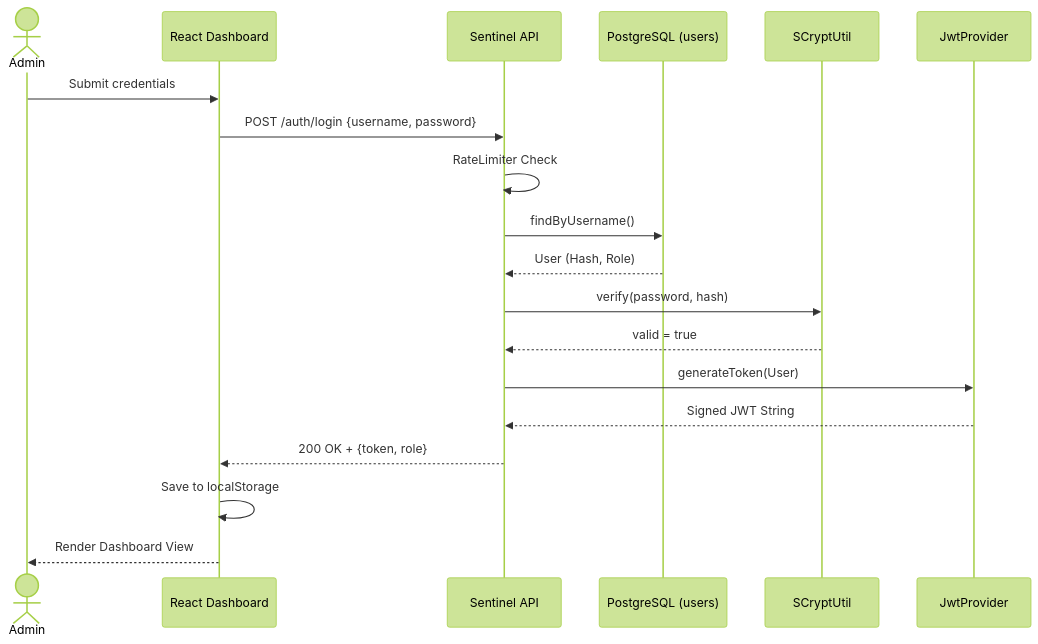
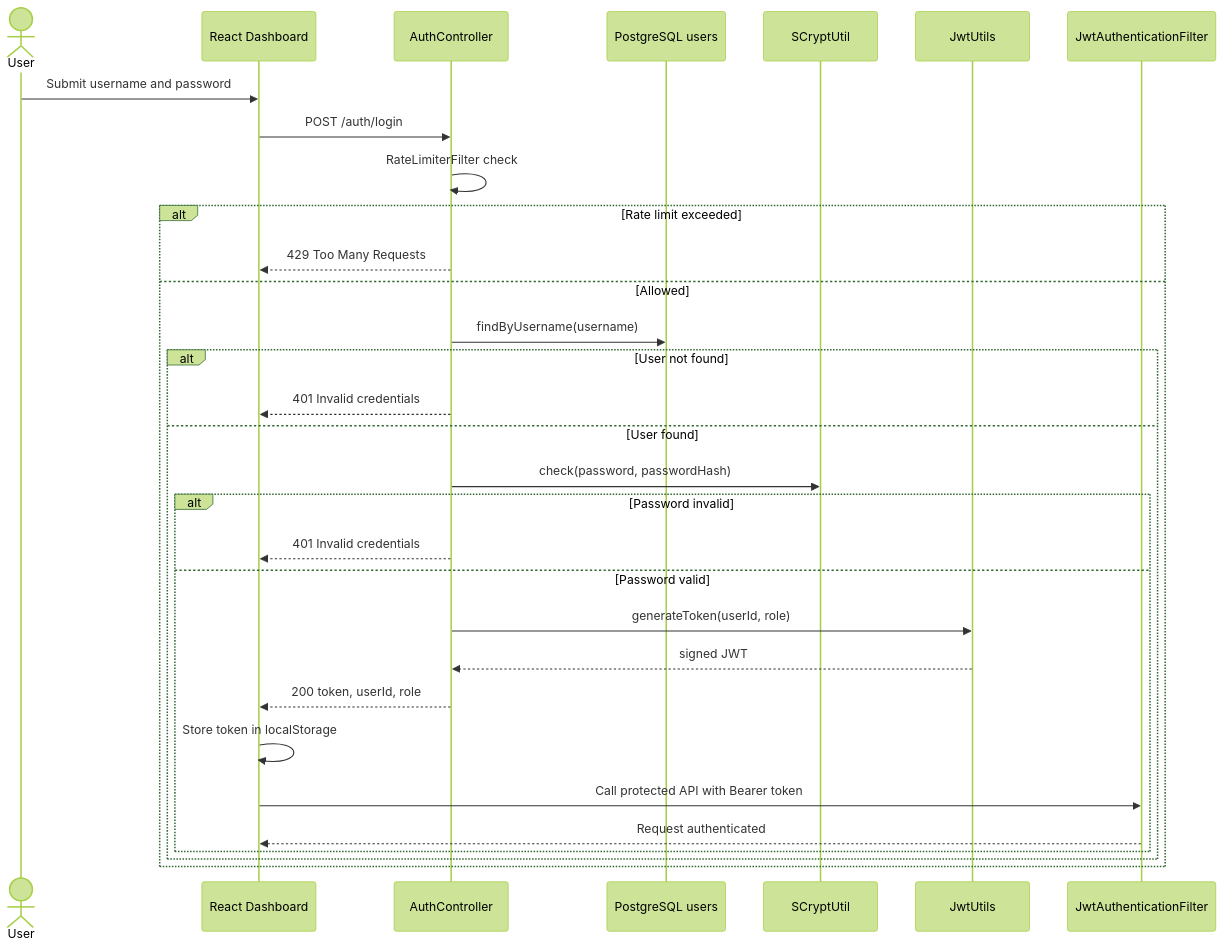
Before and after one commit to ZGr3Y/sentinel-distributed-siem: the second of 2 diagrams in docs/uml/Sequence_UML.md, drawn with Mermaid (forest theme). The commit also changed other lines of this file and 7 other files, not shown here.

Commit message:
docs: add project guidelines covering architecture, build, test, coding conventions, and pitfalls

````diff
--- a/docs/uml/Sequence_UML.md
+++ b/docs/uml/Sequence_UML.md
@@ -46,27 +50,38 @@
 ```mermaid
 sequenceDiagram
-    actor Admin
+    actor User
     participant UI as React Dashboard
-    participant API as Sentinel API
-    participant DB as PostgreSQL (users)
+    participant API as AuthController
+    participant UsersDB as PostgreSQL users
     participant Crypto as SCryptUtil
-    participant JWT as JwtProvider
+    participant JwtUtils as JwtUtils
+    participant Security as JwtAuthenticationFilter
 
-    Admin->>UI: Submit credentials
-    UI->>API: POST /auth/login {username, password}
-    
-    API->>API: RateLimiter Check
-    
-    API->>DB: findByUsername()
-    DB-->>API: User (Hash, Role)
-    
-    API->>Crypto: verify(password, hash)
-    Crypto-->>API: valid = true
-    
-    API->>JWT: generateToken(User)
-    JWT-->>API: Signed JWT String
-    
-    API-->>UI: 200 OK + {token, role}
-    UI->>UI: Save to localStorage
-    UI-->>Admin: Render Dashboard View
+    User->>UI: Submit username and password
+    UI->>API: POST /auth/login
+
+    API->>API: RateLimiterFilter check
+    alt Rate limit exceeded
+        API-->>UI: 429 Too Many Requests
+    else Allowed
+        API->>UsersDB: findByUsername(username)
+
+        alt User not found
+            API-->>UI: 401 Invalid credentials
+        else User found
+            API->>Crypto: check(password, passwordHash)
+
+            alt Password invalid
+                API-->>UI: 401 Invalid credentials
+            else Password valid
+                API->>JwtUtils: generateToken(userId, role)
+                JwtUtils-->>API: signed JWT
+                API-->>UI: 200 token, userId, role
+
+                UI->>UI: Store token in localStorage
+                UI->>Security: Call protected API with Bearer token
+                Security-->>UI: Request authenticated
+            end
+        end
+    end
 ```
````
